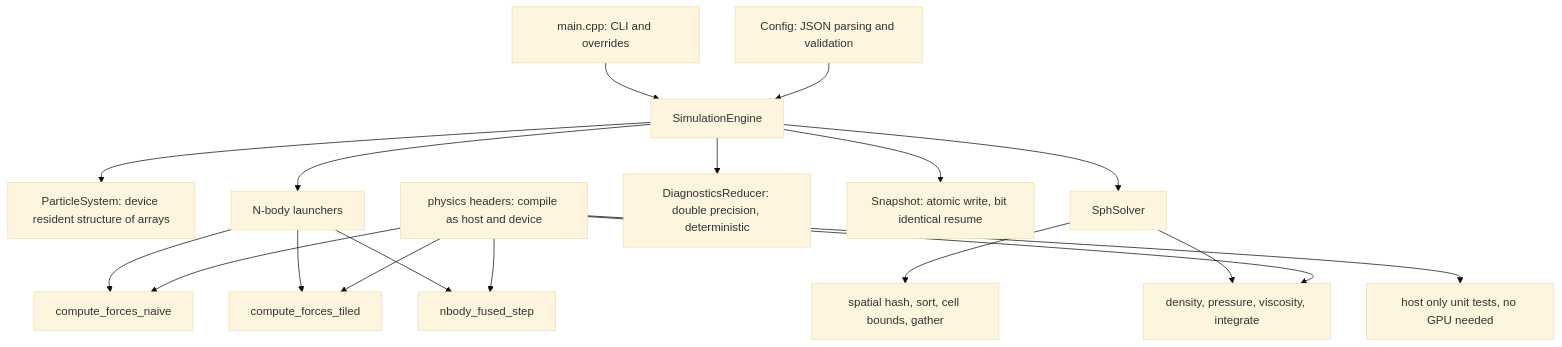
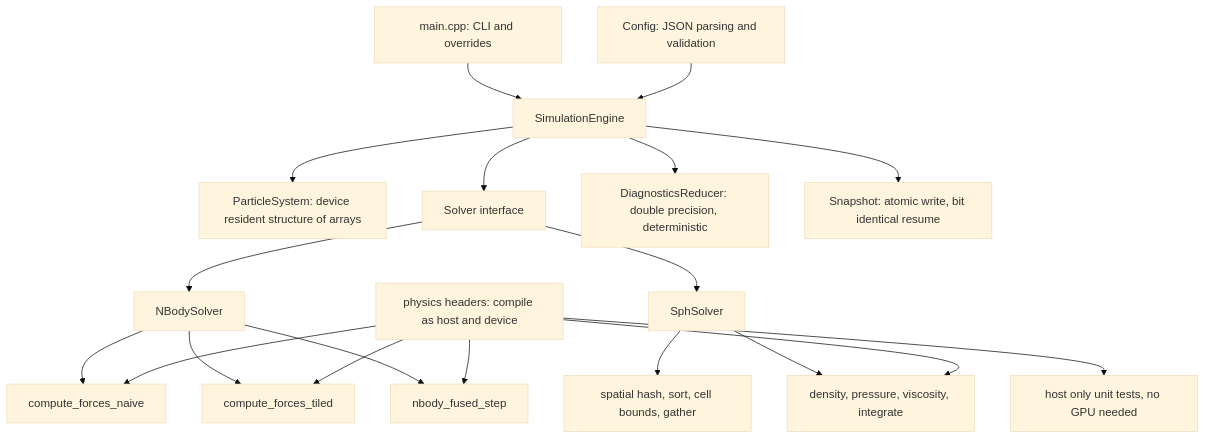
The diagram in README.md (Olajide-Badejo/Particle-Physics-Simulation), drawn with Mermaid (base theme) before and after one commit. The commit also changed other lines of this file and 26 other files, not shown here.

````diff
--- a/README.md
+++ b/README.md
@@ -264,20 +264,21 @@
 ```mermaid
 flowchart TD
     CLI[main.cpp: CLI and overrides] --> ENGINE[SimulationEngine]
     CONFIG[Config: JSON parsing and validation] --> ENGINE
     ENGINE --> PS[ParticleSystem: device resident structure of arrays]
-    ENGINE --> NB[N-body launchers]
-    ENGINE --> SPH[SphSolver]
+    ENGINE --> SOLVER[Solver interface]
+    SOLVER --> NB[NBodySolver]
+    SOLVER --> SPH[SphSolver]
     ENGINE --> DIAG[DiagnosticsReducer: double precision, deterministic]
     ENGINE --> SNAP[Snapshot: atomic write, bit identical resume]
     NB --> KNAIVE[compute_forces_naive]
     NB --> KTILED[compute_forces_tiled]
     NB --> KFUSED[nbody_fused_step]
     SPH --> KHASH[spatial hash, sort, cell bounds, gather]
     SPH --> KSPH[density, pressure, viscosity, integrate]
     PHYS[physics headers: compile as host and device] --> KNAIVE
     PHYS --> KTILED
     PHYS --> KFUSED
     PHYS --> KSPH
     PHYS --> HOSTTESTS[host only unit tests, no GPU needed]
 ```
````
